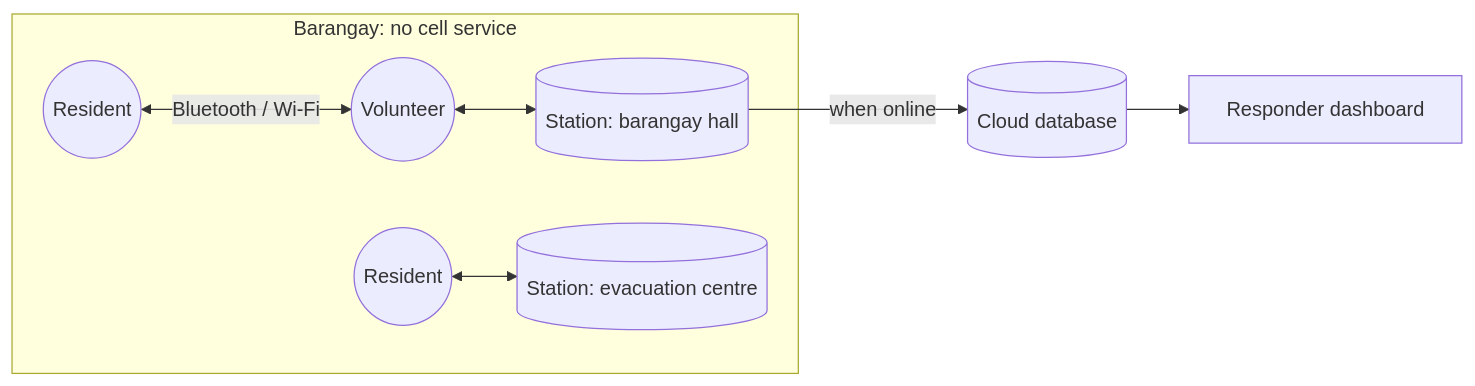
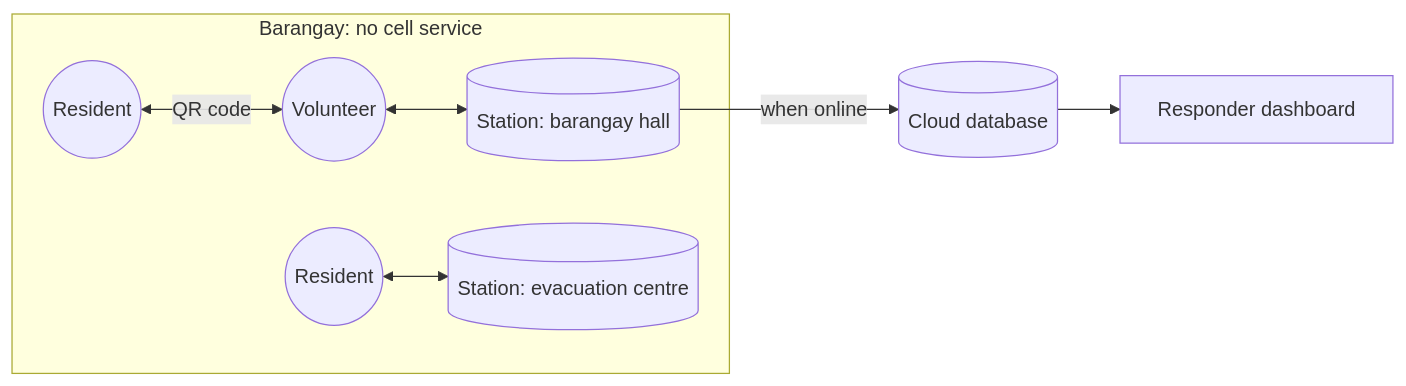
One commit to Muj-csv/PASAbi changed the diagram in README.md. Above: the diagram before and after it, drawn with Mermaid. The commit also changed other lines of this file and 31 other files, not shown here.

````diff
--- a/README.md
+++ b/README.md
@@ -60,10 +60,10 @@
 ```mermaid
 flowchart LR
   subgraph Barangay["Barangay: no cell service"]
-    R1((Resident)) <-- Bluetooth / Wi-Fi --> V((Volunteer))
+    R1((Resident)) <-- QR code --> V((Volunteer))
     V <--> S1[(Station: barangay hall)]
     R2((Resident)) <--> S2[(Station: evacuation centre)]
   end
   S1 -- when online --> DB[(Cloud database)]
   DB --> D[Responder dashboard]
 ```
````
